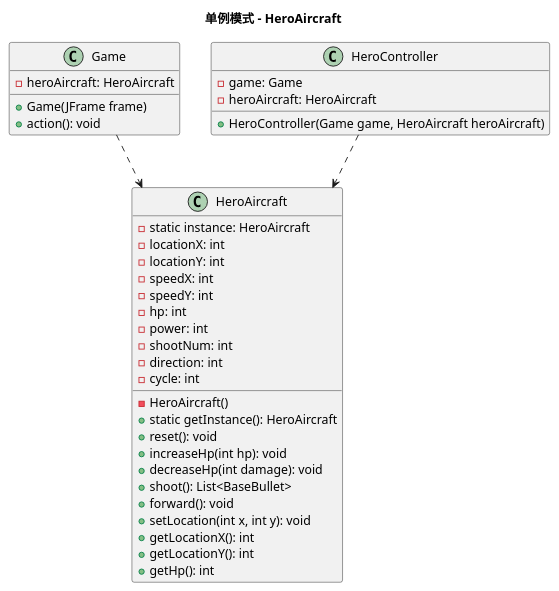
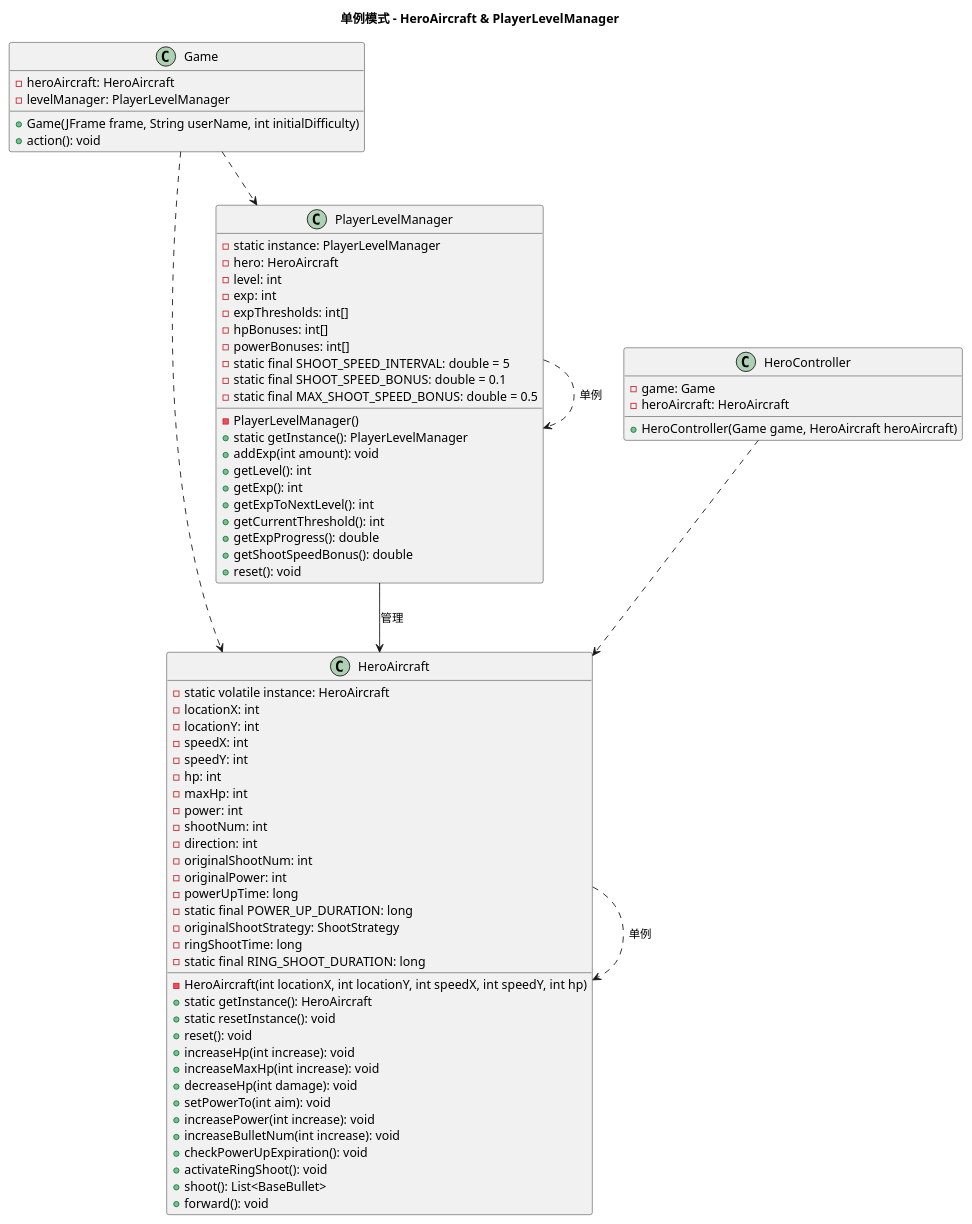
Before and after one commit to s-max-oss/AircraftWar-base: the diagram in uml/SingletonPattern.puml, drawn with PlantUML. The commit also changed 15 other files, not shown here.

```diff
--- a/uml/SingletonPattern.puml
+++ b/uml/SingletonPattern.puml
@@ -1,49 +1,89 @@
 @startuml
 ' 单例模式 UML 图
 
 ' 定义HeroAircraft类
 class HeroAircraft {
-  -static instance: HeroAircraft
-  -locationX: int
-  -locationY: int
-  -speedX: int
-  -speedY: int
-  -hp: int
-  -power: int
-  -shootNum: int
-  -direction: int
-  -cycle: int
+  - static volatile instance: HeroAircraft
+  - locationX: int
+  - locationY: int
+  - speedX: int
+  - speedY: int
+  - hp: int
+  - maxHp: int
+  - power: int
+  - shootNum: int
+  - direction: int
+  - originalShootNum: int
+  - originalPower: int
+  - powerUpTime: long
+  - static final POWER_UP_DURATION: long
+  - originalShootStrategy: ShootStrategy
+  - ringShootTime: long
+  - static final RING_SHOOT_DURATION: long
   
-  -HeroAircraft()
-  +static getInstance(): HeroAircraft
-  +reset(): void
-  +increaseHp(int hp): void
-  +decreaseHp(int damage): void
-  +shoot(): List<BaseBullet>
-  +forward(): void
-  +setLocation(int x, int y): void
-  +getLocationX(): int
-  +getLocationY(): int
-  +getHp(): int
+  - HeroAircraft(int locationX, int locationY, int speedX, int speedY, int hp)
+  + static getInstance(): HeroAircraft
+  + static resetInstance(): void
+  + reset(): void
+  + increaseHp(int increase): void
+  + increaseMaxHp(int increase): void
+  + decreaseHp(int damage): void
+  + setPowerTo(int aim): void
+  + increasePower(int increase): void
+  + increaseBulletNum(int increase): void
+  + checkPowerUpExpiration(): void
+  + activateRingShoot(): void
+  + shoot(): List<BaseBullet>
+  + forward(): void
+}
+
+' 定义PlayerLevelManager类
+class PlayerLevelManager {
+  - static instance: PlayerLevelManager
+  - hero: HeroAircraft
+  - level: int
+  - exp: int
+  - expThresholds: int[]
+  - hpBonuses: int[]
+  - powerBonuses: int[]
+  - static final SHOOT_SPEED_INTERVAL: double = 5
+  - static final SHOOT_SPEED_BONUS: double = 0.1
+  - static final MAX_SHOOT_SPEED_BONUS: double = 0.5
+  
+  - PlayerLevelManager()
+  + static getInstance(): PlayerLevelManager
+  + addExp(int amount): void
+  + getLevel(): int
+  + getExp(): int
+  + getExpToNextLevel(): int
+  + getCurrentThreshold(): int
+  + getExpProgress(): double
+  + getShootSpeedBonus(): double
+  + reset(): void
 }
 
 ' 定义使用HeroAircraft的类
 class Game {
-  -heroAircraft: HeroAircraft
-  +Game(JFrame frame)
-  +action(): void
+  - heroAircraft: HeroAircraft
+  - levelManager: PlayerLevelManager
+  + Game(JFrame frame, String userName, int initialDifficulty)
+  + action(): void
 }
 
 class HeroController {
-  -game: Game
-  -heroAircraft: HeroAircraft
-  +HeroController(Game game, HeroAircraft heroAircraft)
+  - game: Game
+  - heroAircraft: HeroAircraft
+  + HeroController(Game game, HeroAircraft heroAircraft)
 }
 
 ' 定义关系
+HeroAircraft ..> HeroAircraft : 单例
+PlayerLevelManager ..> PlayerLevelManager : 单例
+PlayerLevelManager --> HeroAircraft : 管理
 Game ..> HeroAircraft
+Game ..> PlayerLevelManager
 HeroController ..> HeroAircraft
 
 ' 标题
-title 单例模式 - HeroAircraft
+title 单例模式 - HeroAircraft & PlayerLevelManager
 @enduml
```
